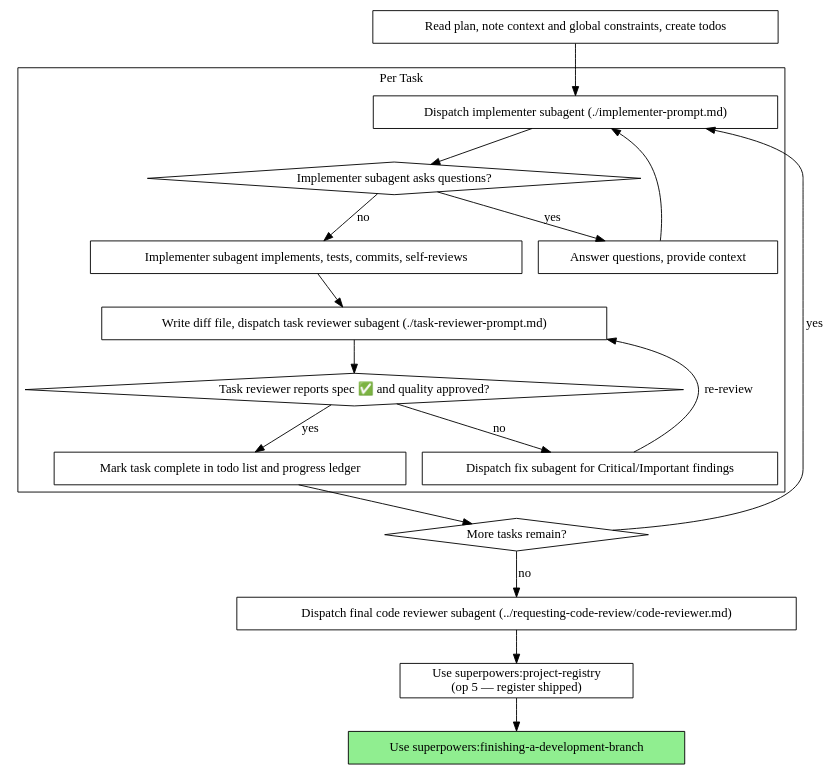
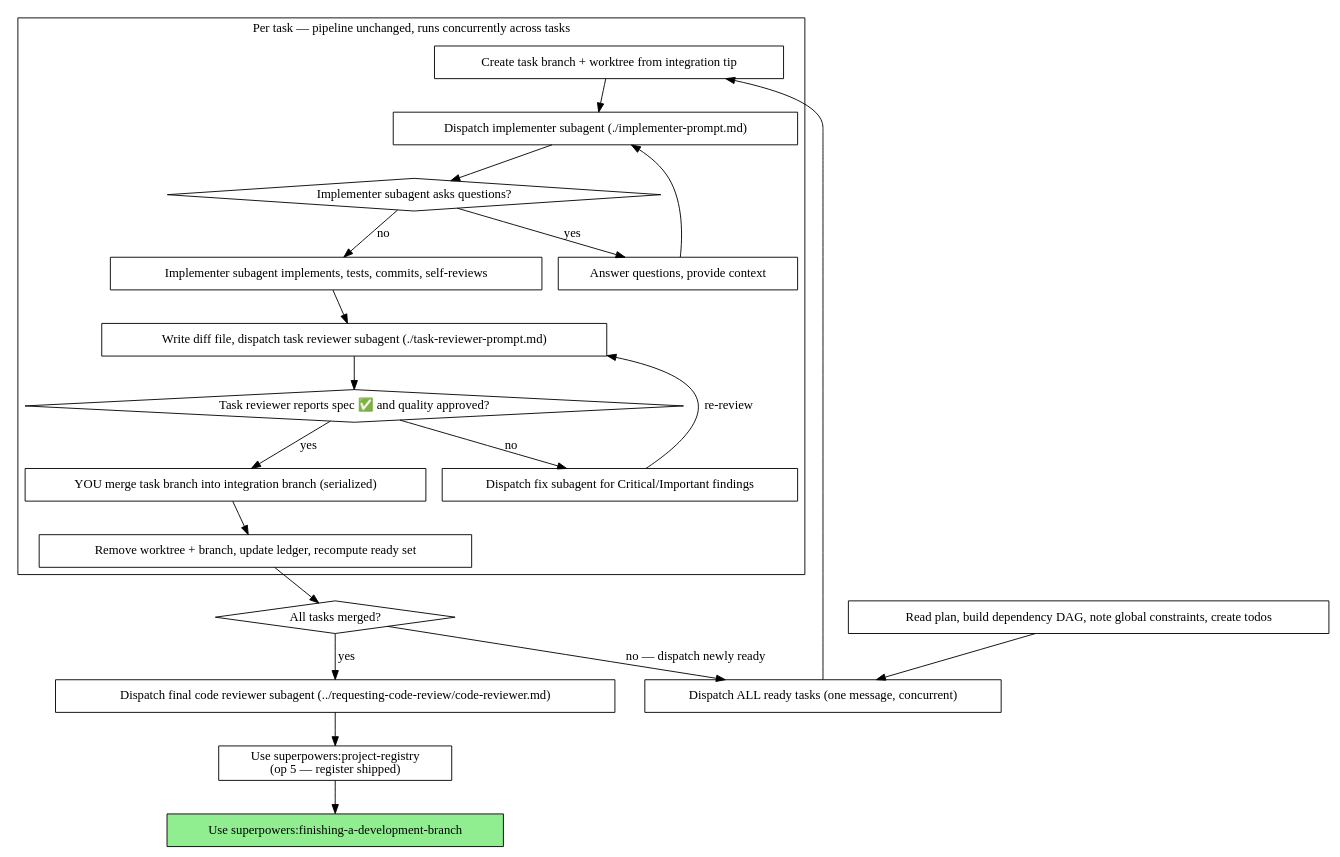
Before and after one commit to jacek2v/superpowers-j2v: the second of 2 diagrams in skills/subagent-driven-development-parallel/SKILL.md, drawn with Graphviz. The commit also changed other lines of this file, not shown here.

Commit message:
feat(sdd-parallel): event-driven ready-set scheduling replaces sequential loop

````diff
--- a/skills/subagent-driven-development-parallel/SKILL.md
+++ b/skills/subagent-driven-development-parallel/SKILL.md
@@ -50,39 +50,45 @@
 ```dot
 digraph process {
     rankdir=TB;
 
     subgraph cluster_per_task {
-        label="Per Task";
+        label="Per task — pipeline unchanged, runs concurrently across tasks";
+        "Create task branch + worktree from integration tip" [shape=box];
         "Dispatch implementer subagent (./implementer-prompt.md)" [shape=box];
         "Implementer subagent asks questions?" [shape=diamond];
         "Answer questions, provide context" [shape=box];
         "Implementer subagent implements, tests, commits, self-reviews" [shape=box];
         "Write diff file, dispatch task reviewer subagent (./task-reviewer-prompt.md)" [shape=box];
         "Task reviewer reports spec ✅ and quality approved?" [shape=diamond];
         "Dispatch fix subagent for Critical/Important findings" [shape=box];
-        "Mark task complete in todo list and progress ledger" [shape=box];
+        "YOU merge task branch into integration branch (serialized)" [shape=box];
+        "Remove worktree + branch, update ledger, recompute ready set" [shape=box];
     }
 
-    "Read plan, note context and global constraints, create todos" [shape=box];
-    "More tasks remain?" [shape=diamond];
+    "Read plan, build dependency DAG, note global constraints, create todos" [shape=box];
+    "Dispatch ALL ready tasks (one message, concurrent)" [shape=box];
+    "All tasks merged?" [shape=diamond];
     "Dispatch final code reviewer subagent (../requesting-code-review/code-reviewer.md)" [shape=box];
     "Use superpowers:project-registry\n(op 5 — register shipped)" [shape=box];
     "Use superpowers:finishing-a-development-branch" [shape=box style=filled fillcolor=lightgreen];
 
-    "Read plan, note context and global constraints, create todos" -> "Dispatch implementer subagent (./implementer-prompt.md)";
+    "Read plan, build dependency DAG, note global constraints, create todos" -> "Dispatch ALL ready tasks (one message, concurrent)";
+    "Dispatch ALL ready tasks (one message, concurrent)" -> "Create task branch + worktree from integration tip";
+    "Create task branch + worktree from integration tip" -> "Dispatch implementer subagent (./implementer-prompt.md)";
     "Dispatch implementer subagent (./implementer-prompt.md)" -> "Implementer subagent asks questions?";
     "Implementer subagent asks questions?" -> "Answer questions, provide context" [label="yes"];
     "Answer questions, provide context" -> "Dispatch implementer subagent (./implementer-prompt.md)";
     "Implementer subagent asks questions?" -> "Implementer subagent implements, tests, commits, self-reviews" [label="no"];
     "Implementer subagent implements, tests, commits, self-reviews" -> "Write diff file, dispatch task reviewer subagent (./task-reviewer-prompt.md)";
     "Write diff file, dispatch task reviewer subagent (./task-reviewer-prompt.md)" -> "Task reviewer reports spec ✅ and quality approved?";
     "Task reviewer reports spec ✅ and quality approved?" -> "Dispatch fix subagent for Critical/Important findings" [label="no"];
     "Dispatch fix subagent for Critical/Important findings" -> "Write diff file, dispatch task reviewer subagent (./task-reviewer-prompt.md)" [label="re-review"];
-    "Task reviewer reports spec ✅ and quality approved?" -> "Mark task complete in todo list and progress ledger" [label="yes"];
-    "Mark task complete in todo list and progress ledger" -> "More tasks remain?";
-    "More tasks remain?" -> "Dispatch implementer subagent (./implementer-prompt.md)" [label="yes"];
-    "More tasks remain?" -> "Dispatch final code reviewer subagent (../requesting-code-review/code-reviewer.md)" [label="no"];
+    "Task reviewer reports spec ✅ and quality approved?" -> "YOU merge task branch into integration branch (serialized)" [label="yes"];
+    "YOU merge task branch into integration branch (serialized)" -> "Remove worktree + branch, update ledger, recompute ready set";
+    "Remove worktree + branch, update ledger, recompute ready set" -> "All tasks merged?";
+    "All tasks merged?" -> "Dispatch ALL ready tasks (one message, concurrent)" [label="no — dispatch newly ready"];
+    "All tasks merged?" -> "Dispatch final code reviewer subagent (../requesting-code-review/code-reviewer.md)" [label="yes"];
     "Dispatch final code reviewer subagent (../requesting-code-review/code-reviewer.md)" -> "Use superpowers:project-registry\n(op 5 — register shipped)";
     "Use superpowers:project-registry\n(op 5 — register shipped)" -> "Use superpowers:finishing-a-development-branch";
 }
 ```
````
